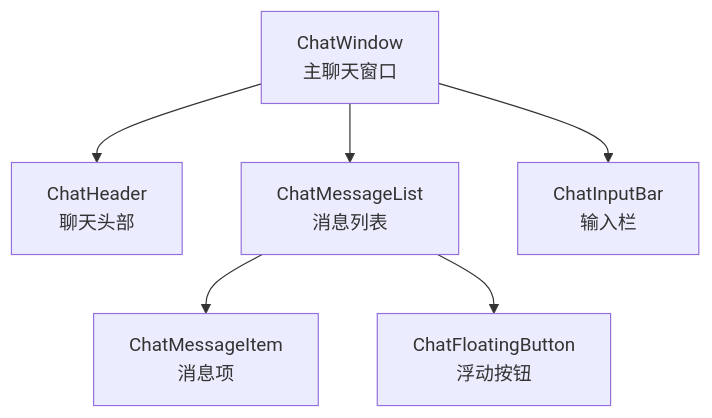
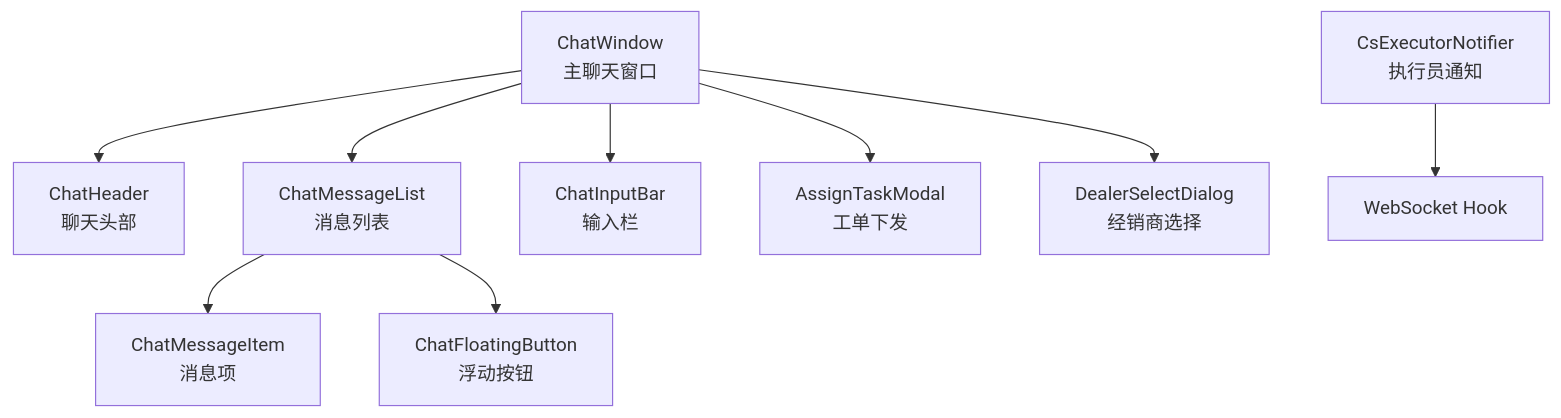
The eighth of 10 diagrams in .qoder/repowiki/zh/content/前端架构/前端架构.md (xiaoche80s-tech/rouyi-vue-pro), drawn with Mermaid before and after one commit. The commit also changed other lines of this file and 977 other files, not shown here.

````diff
--- a/.qoder/repowiki/zh/content/前端架构/前端架构.md
+++ b/.qoder/repowiki/zh/content/前端架构/前端架构.md
@@ -388,8 +410,11 @@
 ```mermaid
 graph TB
 CW["ChatWindow<br/>主聊天窗口"] --> CH["ChatHeader<br/>聊天头部"]
 CW --> CML["ChatMessageList<br/>消息列表"]
 CW --> CIB["ChatInputBar<br/>输入栏"]
 CML --> CMI["ChatMessageItem<br/>消息项"]
 CML --> CF["ChatFloatingButton<br/>浮动按钮"]
+CW --> ATM["AssignTaskModal<br/>工单下发"]
+CW --> DSD["DealerSelectDialog<br/>经销商选择"]
+CEN["CsExecutorNotifier<br/>执行员通知"] --> WS["WebSocket Hook"]
 ```
````
